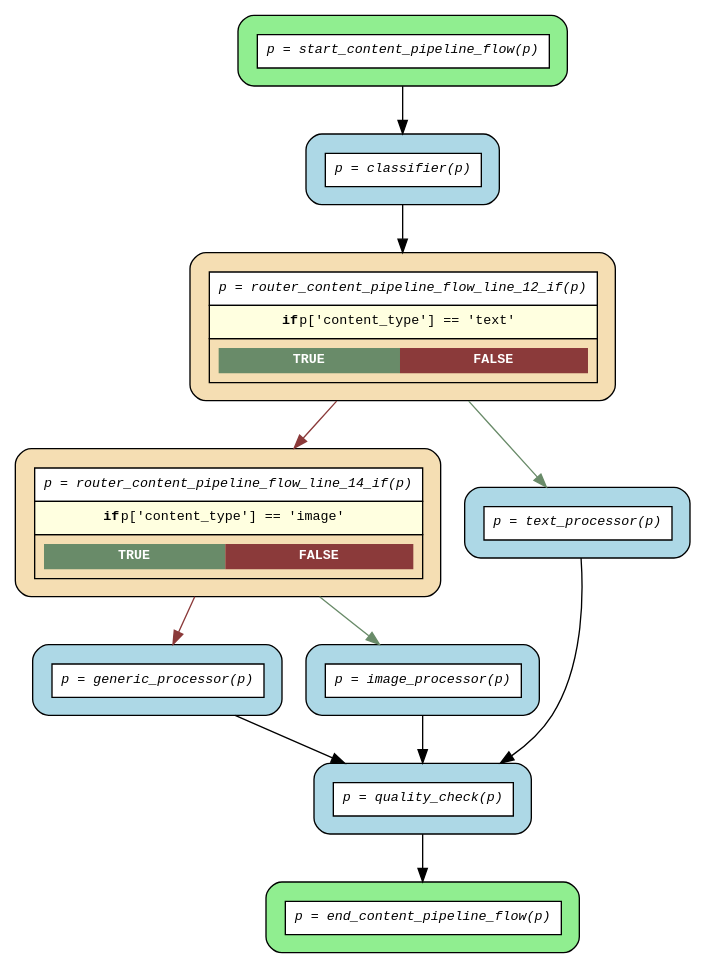
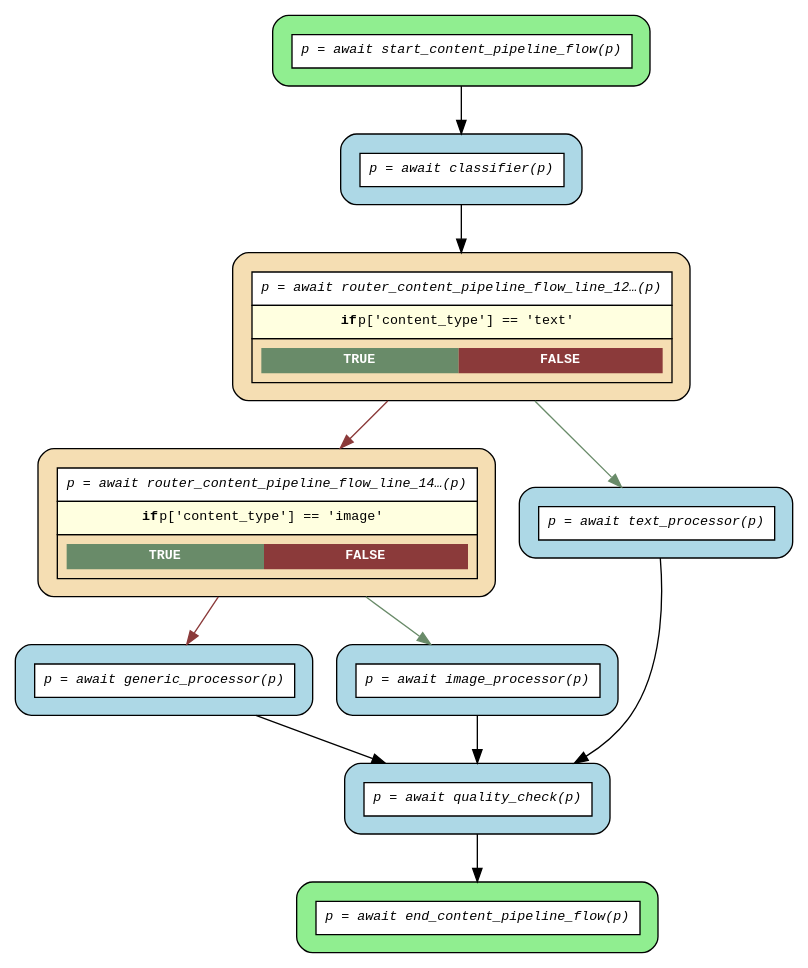
The diagram in examples/flows/compiled/async_conditional/flow.dot (deliveryhero/asya), drawn with Graphviz before and after one commit. The commit also changed 10 other files, not shown here.

First line of the commit message:
fix(flow): show await in diagram labels, descriptive errors for unsupported expressions

```diff
--- a/examples/flows/compiled/async_conditional/flow.dot
+++ b/examples/flows/compiled/async_conditional/flow.dot
@@ -1,27 +1,27 @@
 digraph flow {
   rankdir=TB;
   graph [fontname="Courier", fontsize=10];
   node [fontname="Courier", fontsize=10, shape=box, style="filled,rounded", margin="0.2"];
   edge [fontname="Courier", fontsize=10];
 
-  start_content_pipeline_flow [fillcolor="lightgreen", label=<<table border="0" cellspacing="0" cellpadding="6" cellborder="1"><tr><td bgcolor="white" align="center"><i>p = start_content_pipeline_flow(p)</i></td></tr></table>>];
-  router_content_pipeline_flow_line_14_if [fillcolor="wheat", label=<<table border="0" cellspacing="0" cellpadding="6" cellborder="1"><tr><td bgcolor="white" align="center"><i>p = router_content_pipeline_flow_line_14_if(p)</i></td></tr><tr><td bgcolor="lightyellow"><b>if</b> p['content_type'] == 'image'</td></tr><tr><td><table border="0" cellspacing="0" cellpadding="4"><tr><td bgcolor="darkseagreen4"><font color="white"><b>TRUE</b></font></td><td bgcolor="indianred4"><font color="white"><b>FALSE</b></font></td></tr></table></td></tr></table>>];
-  router_content_pipeline_flow_line_12_if [fillcolor="wheat", label=<<table border="0" cellspacing="0" cellpadding="6" cellborder="1"><tr><td bgcolor="white" align="center"><i>p = router_content_pipeline_flow_line_12_if(p)</i></td></tr><tr><td bgcolor="lightyellow"><b>if</b> p['content_type'] == 'text'</td></tr><tr><td><table border="0" cellspacing="0" cellpadding="4"><tr><td bgcolor="darkseagreen4"><font color="white"><b>TRUE</b></font></td><td bgcolor="indianred4"><font color="white"><b>FALSE</b></font></td></tr></table></td></tr></table>>];
-  end_content_pipeline_flow [fillcolor="lightgreen", label=<<table border="0" cellspacing="0" cellpadding="6" cellborder="1"><tr><td bgcolor="white" align="center"><i>p = end_content_pipeline_flow(p)</i></td></tr></table>>];
-  classifier [fillcolor="lightblue", label=<<table border="0" cellspacing="0" cellpadding="6" cellborder="1"><tr><td bgcolor="white" align="center"><i>p = classifier(p)</i></td></tr></table>>];
-  generic_processor [fillcolor="lightblue", label=<<table border="0" cellspacing="0" cellpadding="6" cellborder="1"><tr><td bgcolor="white" align="center"><i>p = generic_processor(p)</i></td></tr></table>>];
-  image_processor [fillcolor="lightblue", label=<<table border="0" cellspacing="0" cellpadding="6" cellborder="1"><tr><td bgcolor="white" align="center"><i>p = image_processor(p)</i></td></tr></table>>];
-  quality_check [fillcolor="lightblue", label=<<table border="0" cellspacing="0" cellpadding="6" cellborder="1"><tr><td bgcolor="white" align="center"><i>p = quality_check(p)</i></td></tr></table>>];
-  text_processor [fillcolor="lightblue", label=<<table border="0" cellspacing="0" cellpadding="6" cellborder="1"><tr><td bgcolor="white" align="center"><i>p = text_processor(p)</i></td></tr></table>>];
+  start_content_pipeline_flow [fillcolor="lightgreen", label=<<table border="0" cellspacing="0" cellpadding="6" cellborder="1"><tr><td bgcolor="white" align="center"><i>p = await start_content_pipeline_flow(p)</i></td></tr></table>>];
+  router_content_pipeline_flow_line_14_if [fillcolor="wheat", label=<<table border="0" cellspacing="0" cellpadding="6" cellborder="1"><tr><td bgcolor="white" align="center"><i>p = await router_content_pipeline_flow_line_14…(p)</i></td></tr><tr><td bgcolor="lightyellow"><b>if</b> p['content_type'] == 'image'</td></tr><tr><td><table border="0" cellspacing="0" cellpadding="4"><tr><td bgcolor="darkseagreen4"><font color="white"><b>TRUE</b></font></td><td bgcolor="indianred4"><font color="white"><b>FALSE</b></font></td></tr></table></td></tr></table>>];
+  router_content_pipeline_flow_line_12_if [fillcolor="wheat", label=<<table border="0" cellspacing="0" cellpadding="6" cellborder="1"><tr><td bgcolor="white" align="center"><i>p = await router_content_pipeline_flow_line_12…(p)</i></td></tr><tr><td bgcolor="lightyellow"><b>if</b> p['content_type'] == 'text'</td></tr><tr><td><table border="0" cellspacing="0" cellpadding="4"><tr><td bgcolor="darkseagreen4"><font color="white"><b>TRUE</b></font></td><td bgcolor="indianred4"><font color="white"><b>FALSE</b></font></td></tr></table></td></tr></table>>];
+  end_content_pipeline_flow [fillcolor="lightgreen", label=<<table border="0" cellspacing="0" cellpadding="6" cellborder="1"><tr><td bgcolor="white" align="center"><i>p = await end_content_pipeline_flow(p)</i></td></tr></table>>];
+  classifier [fillcolor="lightblue", label=<<table border="0" cellspacing="0" cellpadding="6" cellborder="1"><tr><td bgcolor="white" align="center"><i>p = await classifier(p)</i></td></tr></table>>];
+  generic_processor [fillcolor="lightblue", label=<<table border="0" cellspacing="0" cellpadding="6" cellborder="1"><tr><td bgcolor="white" align="center"><i>p = await generic_processor(p)</i></td></tr></table>>];
+  image_processor [fillcolor="lightblue", label=<<table border="0" cellspacing="0" cellpadding="6" cellborder="1"><tr><td bgcolor="white" align="center"><i>p = await image_processor(p)</i></td></tr></table>>];
+  quality_check [fillcolor="lightblue", label=<<table border="0" cellspacing="0" cellpadding="6" cellborder="1"><tr><td bgcolor="white" align="center"><i>p = await quality_check(p)</i></td></tr></table>>];
+  text_processor [fillcolor="lightblue", label=<<table border="0" cellspacing="0" cellpadding="6" cellborder="1"><tr><td bgcolor="white" align="center"><i>p = await text_processor(p)</i></td></tr></table>>];
 
   classifier -> router_content_pipeline_flow_line_12_if;
   generic_processor -> quality_check;
   image_processor -> quality_check;
   quality_check -> end_content_pipeline_flow;
   router_content_pipeline_flow_line_12_if -> router_content_pipeline_flow_line_14_if [color=indianred4];
   router_content_pipeline_flow_line_12_if -> text_processor [color=darkseagreen4];
   router_content_pipeline_flow_line_14_if -> generic_processor [color=indianred4];
   router_content_pipeline_flow_line_14_if -> image_processor [color=darkseagreen4];
   start_content_pipeline_flow -> classifier;
   text_processor -> quality_check;
 }
```
